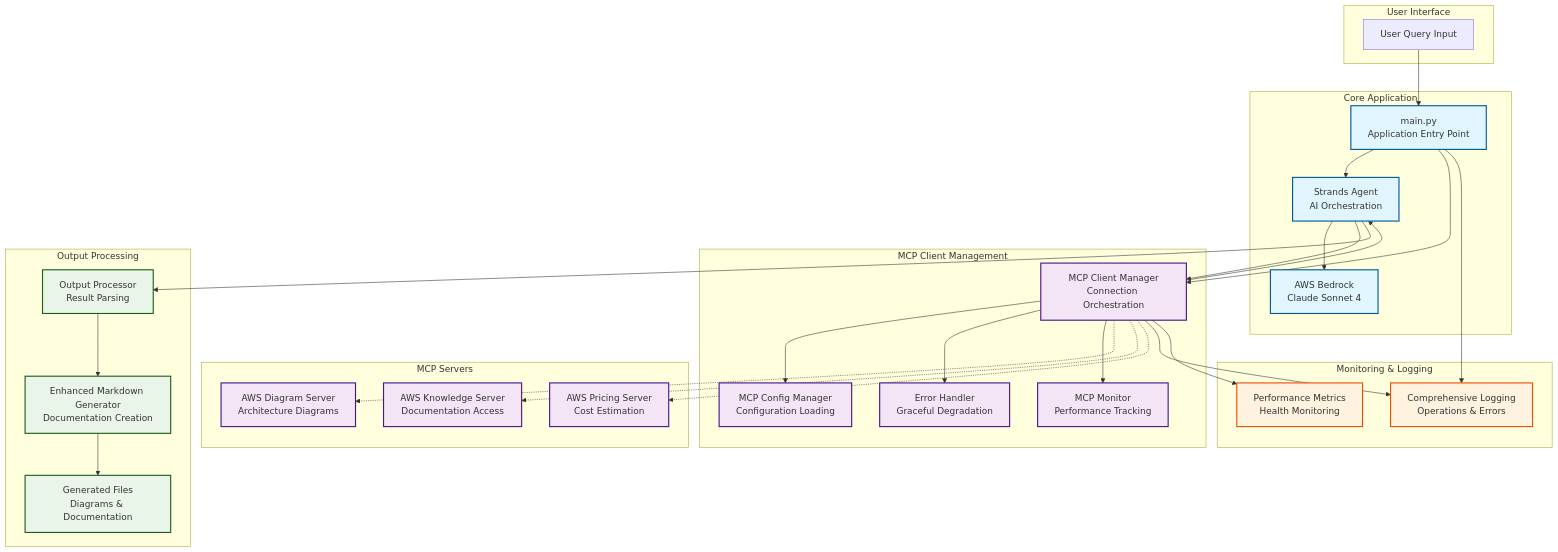
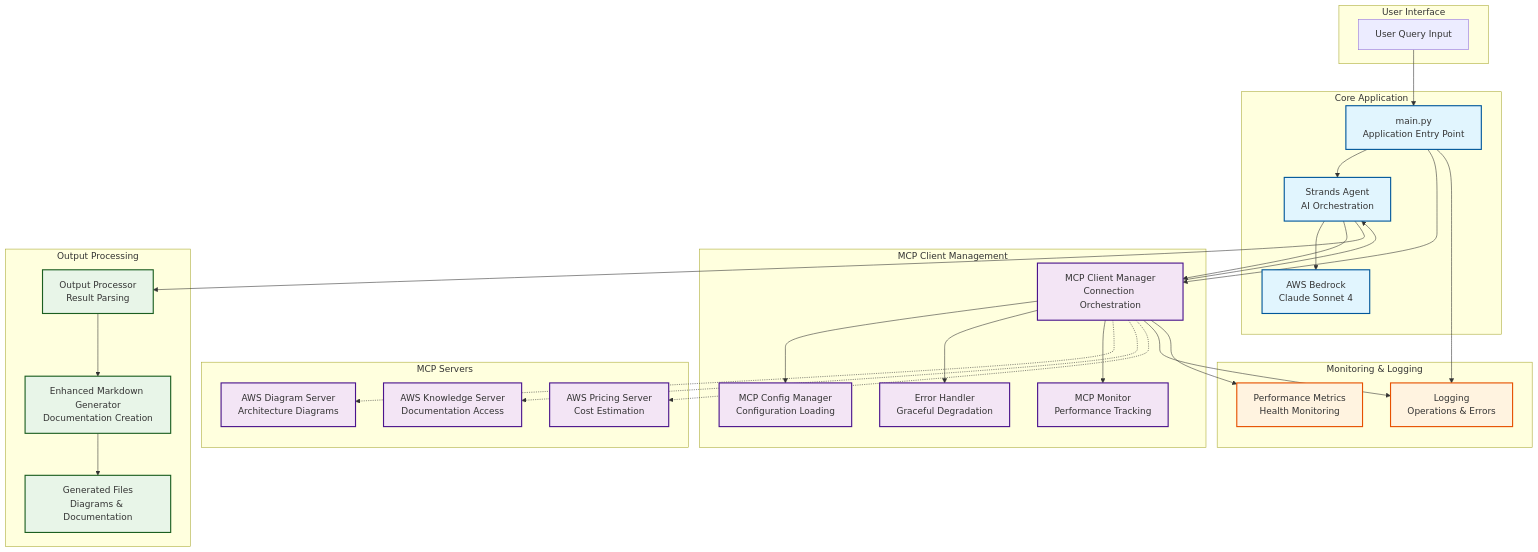
Before and after one commit to chungos/lzbot-5000: the first of 2 diagrams in README.md, drawn with Mermaid. The commit also changed other lines of this file, not shown here.

````diff
--- a/README.md
+++ b/README.md
@@ -25,77 +25,77 @@
 ```mermaid
 graph TB
     subgraph "User Interface"
         UI[User Query Input]
     end
     
     subgraph "Core Application"
         MAIN[main.py<br/>Application Entry Point]
         AGENT[Strands Agent<br/>AI Orchestration]
         BEDROCK[AWS Bedrock<br/>Claude Sonnet 4]
     end
     
     subgraph "MCP Client Management"
         MCM[MCP Client Manager<br/>Connection Orchestration]
         CONFIG[MCP Config Manager<br/>Configuration Loading]
         ERROR[Error Handler<br/>Graceful Degradation]
         MONITOR[MCP Monitor<br/>Performance Tracking]
     end
     
     subgraph "MCP Servers"
         DIAG[AWS Diagram Server<br/>Architecture Diagrams]
         KNOW[AWS Knowledge Server<br/>Documentation Access]
         PRICE[AWS Pricing Server<br/>Cost Estimation]
     end
     
     subgraph "Output Processing"
         PROCESSOR[Output Processor<br/>Result Parsing]
         MARKDOWN[Enhanced Markdown Generator<br/>Documentation Creation]
         FILES[Generated Files<br/>Diagrams & Documentation]
     end
     
     subgraph "Monitoring & Logging"
-        LOGS[Comprehensive Logging<br/>Operations & Errors]
+        LOGS[Logging<br/>Operations & Errors]
         METRICS[Performance Metrics<br/>Health Monitoring]
     end
     
     %% User flow
     UI --> MAIN
     MAIN --> AGENT
     AGENT --> BEDROCK
     
     %% MCP Management
     MAIN --> MCM
     MCM --> CONFIG
     MCM --> ERROR
     MCM --> MONITOR
     
     %% MCP Server connections
     MCM -.-> DIAG
     MCM -.-> KNOW
     MCM -.-> PRICE
     
     %% Agent tool integration
     AGENT --> MCM
     MCM --> AGENT
     
     %% Output processing flow
     AGENT --> PROCESSOR
     PROCESSOR --> MARKDOWN
     MARKDOWN --> FILES
     
     %% Monitoring integration
     MCM --> LOGS
     MCM --> METRICS
     MAIN --> LOGS
     
     %% Styling
     classDef primary fill:#e1f5fe,stroke:#01579b,stroke-width:2px
     classDef mcp fill:#f3e5f5,stroke:#4a148c,stroke-width:2px
     classDef processing fill:#e8f5e8,stroke:#1b5e20,stroke-width:2px
     classDef monitoring fill:#fff3e0,stroke:#e65100,stroke-width:2px
     
     class MAIN,AGENT,BEDROCK primary
     class MCM,CONFIG,ERROR,MONITOR,DIAG,KNOW,PRICE mcp
     class PROCESSOR,MARKDOWN,FILES processing
     class LOGS,METRICS monitoring
 ```
````
